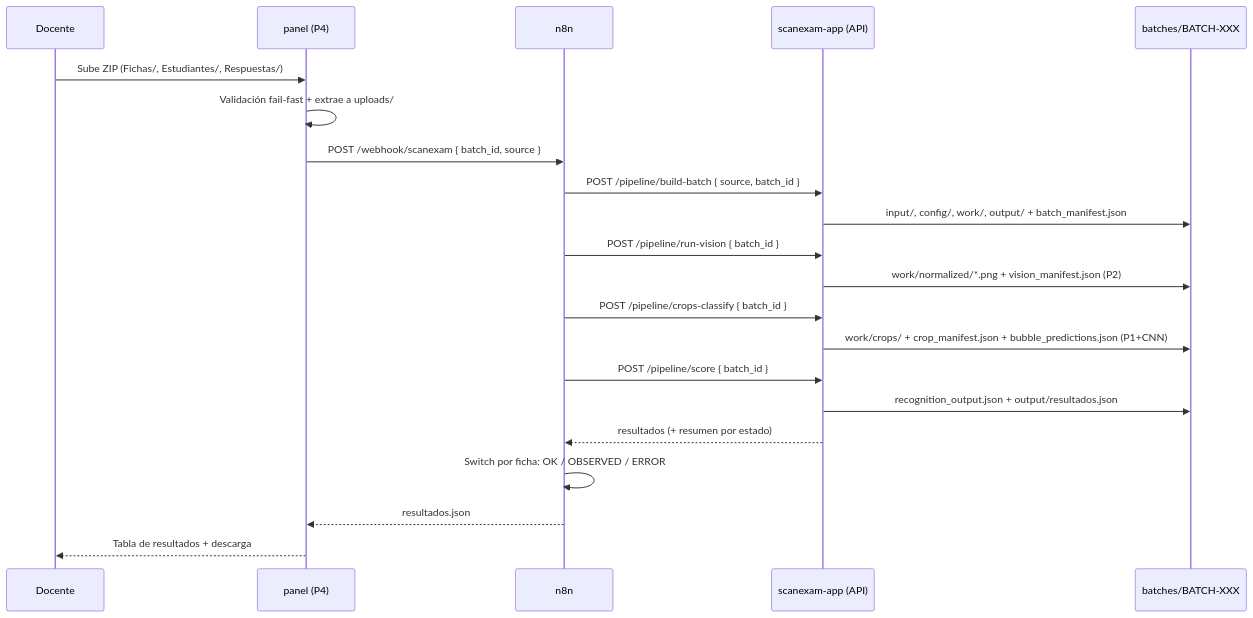
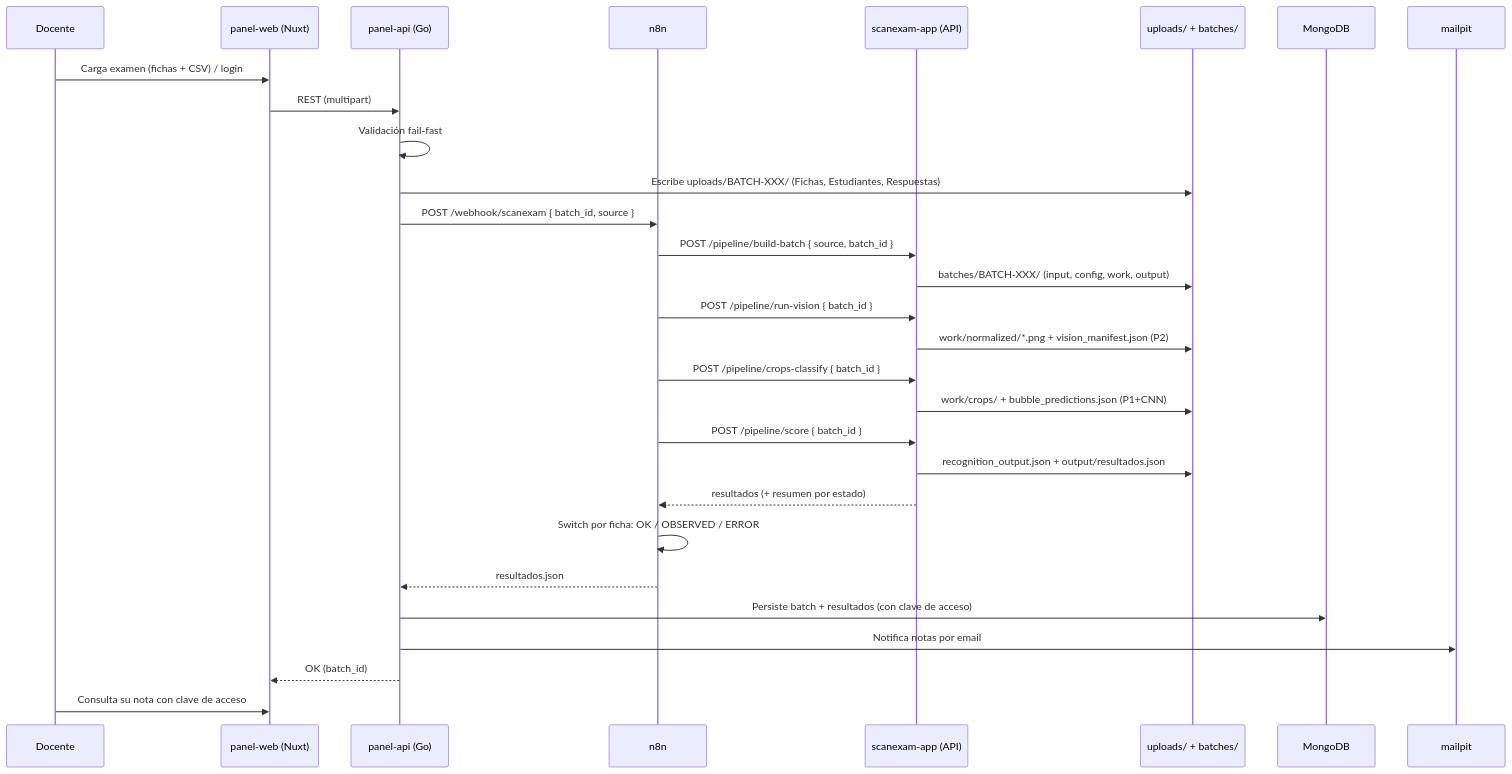
The second of 2 diagrams in docs/INTEGRACION.md (KarloToro/ScanExam), drawn with Mermaid before and after one commit. The commit also changed other lines of this file, not shown here.

First line of the commit message:
docs(integration): update guide for the production panel (Go + Nuxt)

````diff
--- a/docs/INTEGRACION.md
+++ b/docs/INTEGRACION.md
@@ -101,24 +118,32 @@
 ```mermaid
 sequenceDiagram
     participant D as Docente
-    participant P as panel (P4)
+    participant W as panel-web (Nuxt)
+    participant P as panel-api (Go)
     participant N as n8n
     participant A as scanexam-app (API)
-    participant FS as batches/BATCH-XXX
+    participant FS as uploads/ + batches/
+    participant DB as MongoDB
+    participant M as mailpit
 
-    D->>P: Sube ZIP (Fichas/, Estudiantes/, Respuestas/)
-    P->>P: Validación fail-fast + extrae a uploads/
+    D->>W: Carga examen (fichas + CSV) / login
+    W->>P: REST (multipart)
+    P->>P: Validación fail-fast
+    P->>FS: Escribe uploads/BATCH-XXX/ (Fichas, Estudiantes, Respuestas)
     P->>N: POST /webhook/scanexam { batch_id, source }
     N->>A: POST /pipeline/build-batch { source, batch_id }
-    A->>FS: input/, config/, work/, output/ + batch_manifest.json
+    A->>FS: batches/BATCH-XXX/ (input, config, work, output)
     N->>A: POST /pipeline/run-vision { batch_id }
     A->>FS: work/normalized/*.png + vision_manifest.json  (P2)
     N->>A: POST /pipeline/crops-classify { batch_id }
-    A->>FS: work/crops/ + crop_manifest.json + bubble_predictions.json  (P1+CNN)
+    A->>FS: work/crops/ + bubble_predictions.json  (P1+CNN)
     N->>A: POST /pipeline/score { batch_id }
     A->>FS: recognition_output.json + output/resultados.json
     A-->>N: resultados (+ resumen por estado)
     N->>N: Switch por ficha: OK / OBSERVED / ERROR
     N-->>P: resultados.json
-    P-->>D: Tabla de resultados + descarga
+    P->>DB: Persiste batch + resultados (con clave de acceso)
+    P->>M: Notifica notas por email
+    P-->>W: OK (batch_id)
+    D->>W: Consulta su nota con clave de acceso
 ```
````
